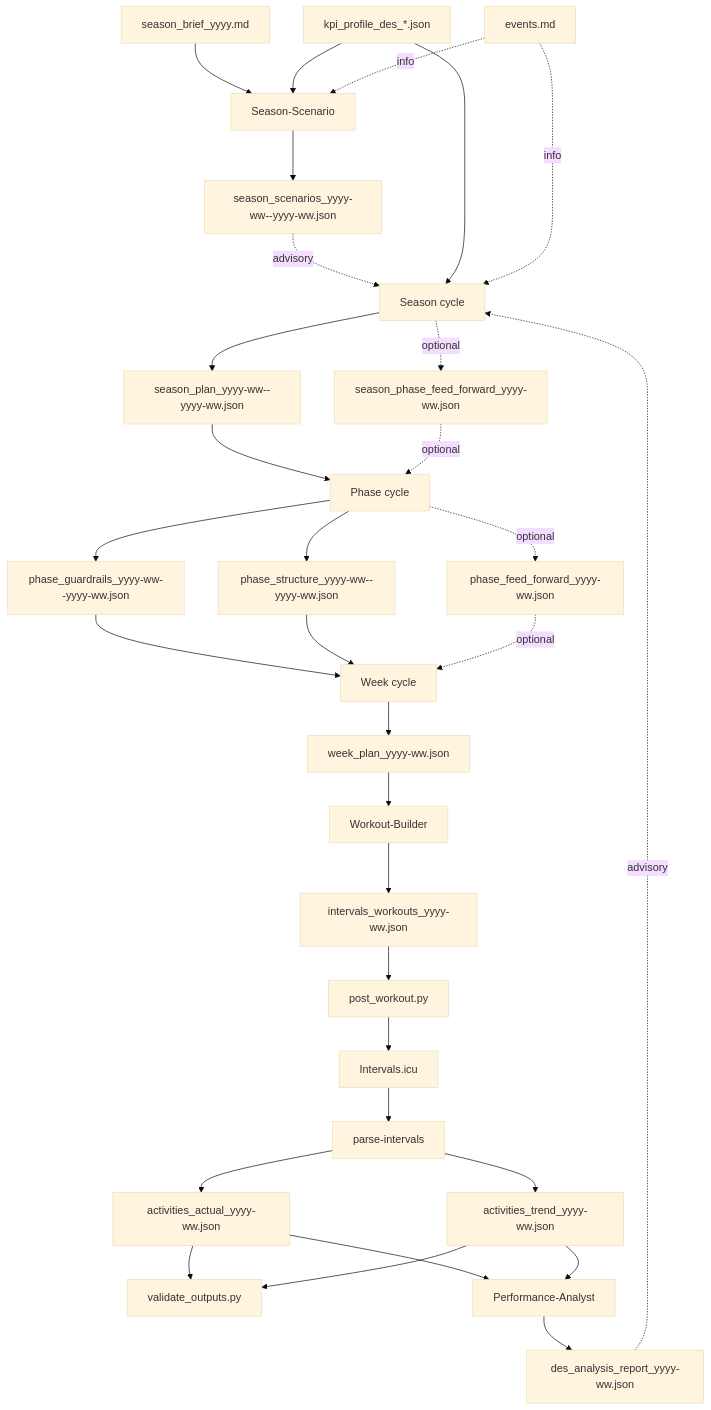
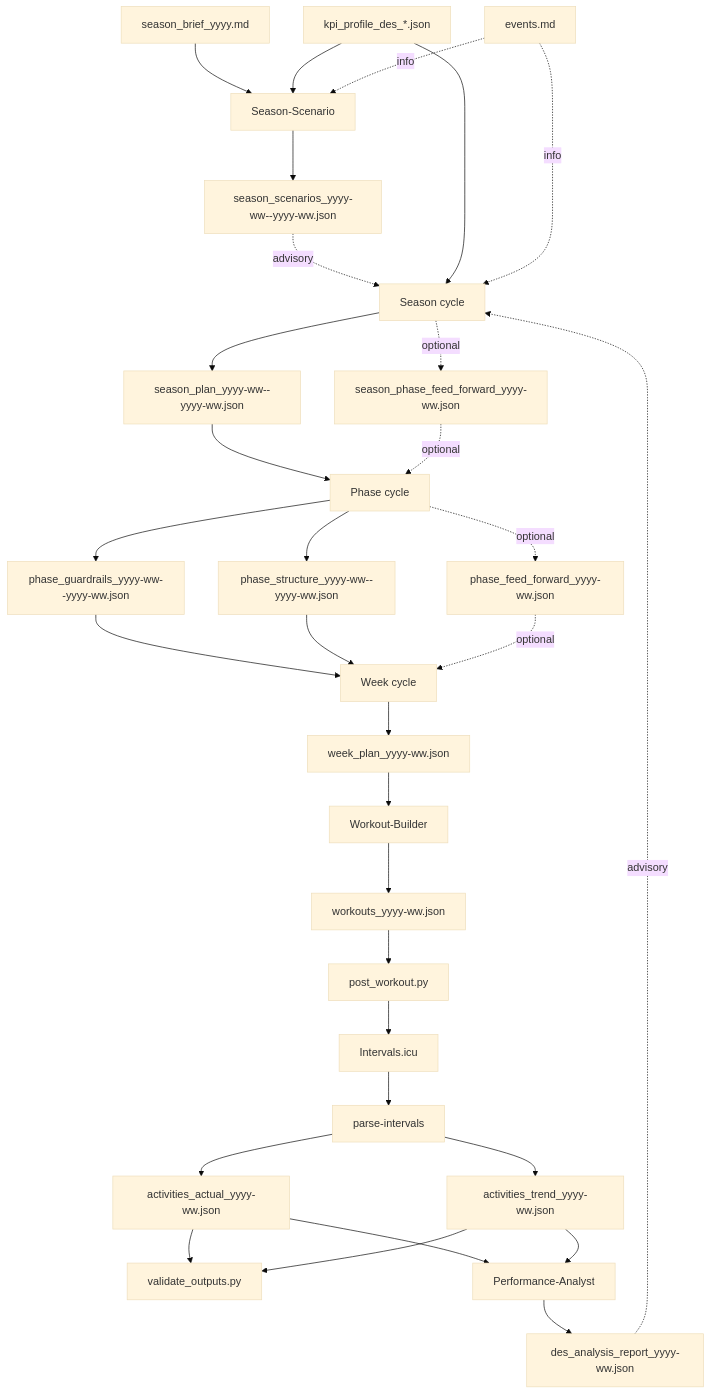
The diagram in doc/how_to_plan.md (albauer-priv/RPS), drawn with Mermaid (base theme) before and after one commit. The commit also changed other lines of this file and 14 other files, not shown here.

````diff
--- a/doc/how_to_plan.md
+++ b/doc/how_to_plan.md
@@ -173,40 +173,40 @@
 ```mermaid
 flowchart TD
   SB[season_brief_yyyy.md] --> SS[Season-Scenario]
   KP[kpi_profile_des_*.json] --> SS
   SS --> SC[season_scenarios_yyyy-ww--yyyy-ww.json]
   SC -. advisory .-> MA[Season cycle]
   KP --> MA
   EV[events.md] -. info .-> SS
   EV -. info .-> MA
 
   MA --> MO[season_plan_yyyy-ww--yyyy-ww.json]
   MA -. optional .-> SPFF[season_phase_feed_forward_yyyy-ww.json]
 
   MO --> ME[Phase cycle]
   SPFF -. optional .-> ME
 
   ME --> BG[phase_guardrails_yyyy-ww--yyyy-ww.json]
   ME --> BEA[phase_structure_yyyy-ww--yyyy-ww.json]
   ME -. optional .-> BFF[phase_feed_forward_yyyy-ww.json]
 
   BG --> MI[Week cycle]
   BEA --> MI
   BFF -. optional .-> MI
 
   MI --> WP[week_plan_yyyy-ww.json]
   WP --> WB[Workout-Builder]
-  WB --> WJ[intervals_workouts_yyyy-ww.json]
+  WB --> WJ[workouts_yyyy-ww.json]
   WJ --> POST[post_workout.py] --> IC[Intervals.icu]
 
   IC --> EXP[parse-intervals]
   EXP --> AA[activities_actual_yyyy-ww.json]
   EXP --> AT[activities_trend_yyyy-ww.json]
   AA --> VA[validate_outputs.py]
   AT --> VA
 
   AA --> PA[Performance-Analyst]
   AT --> PA
   PA --> DR[des_analysis_report_yyyy-ww.json]
   DR -. advisory .-> MA
 ```
````
